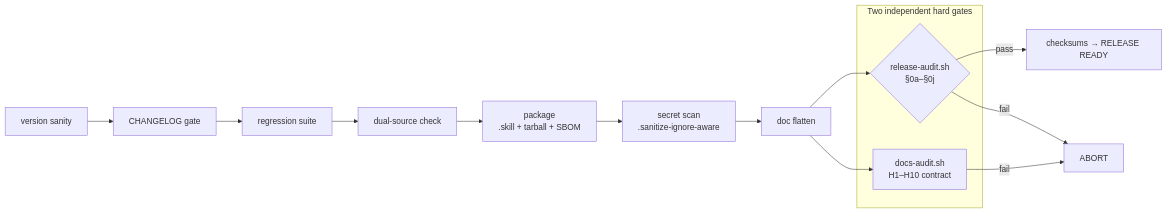
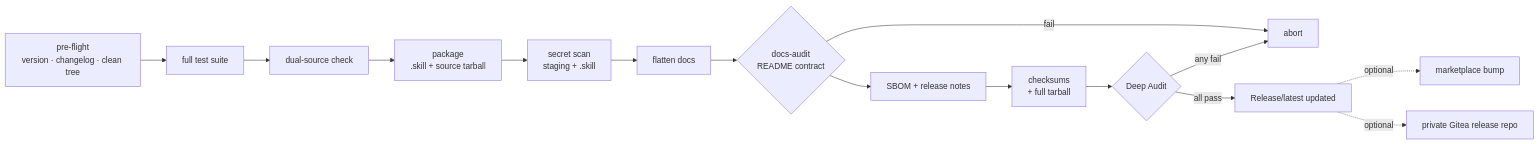
The diagram in README.md (tkxlab-ai/GitX), drawn with Mermaid before and after one commit. The commit also changed other lines of this file and 21 other files, not shown here.

First line of the commit message:
release: git_release_skill v1.13.1

````diff
--- a/README.md
+++ b/README.md
@@ -312,18 +122,17 @@
 ```mermaid
 flowchart LR
-  A[version sanity] --> B[CHANGELOG gate]
-  B --> C[regression suite]
-  C --> D[dual-source check]
-  D --> E[package<br/>.skill + tarball + SBOM]
-  E --> F[secret scan<br/>.sanitize-ignore-aware]
-  F --> G[doc flatten]
-  G --> H{release-audit.sh<br/>§0a–§0j}
-  H -->|pass| I[checksums → RELEASE READY]
-  H -->|fail| X[ABORT]
-  subgraph gates [Two independent hard gates]
-    H
-    J[docs-audit.sh<br/>H1–H10 contract]
-  end
-  G --> J
+  A[pre-flight<br/>version · changelog · clean tree] --> B[full test suite]
+  B --> C[dual-source check]
+  C --> D[package<br/>.skill + source tarball]
+  D --> E[secret scan<br/>staging + .skill]
+  E --> F[flatten docs]
+  F --> J{docs-audit<br/>README contract}
   J -->|fail| X
+  J --> K[SBOM + release notes]
+  K --> G[checksums<br/>+ full tarball]
+  G --> H{Deep Audit}
+  H -->|all pass| I[Release/latest updated]
+  H -->|any fail| X[abort]
+  I -.optional.-> M[marketplace bump]
+  I -.optional.-> N[private Gitea release repo]
 ```
````
